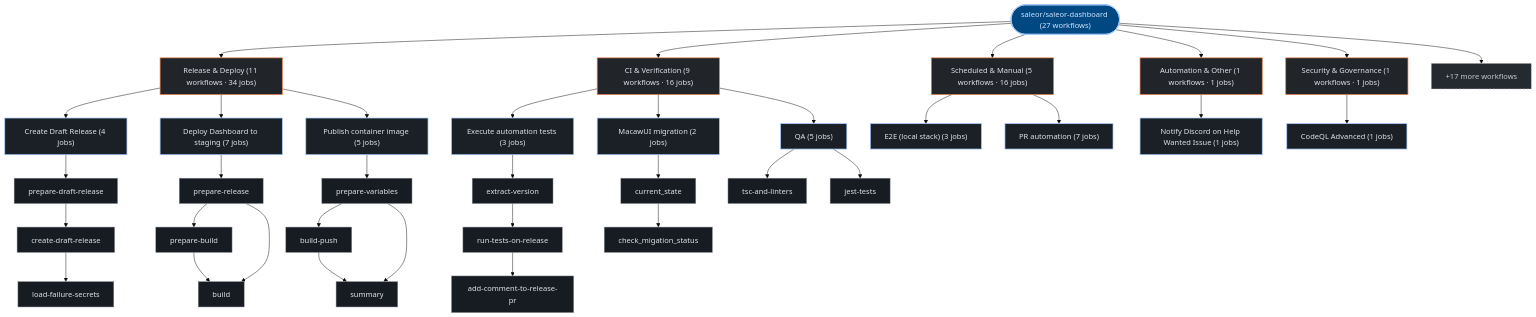
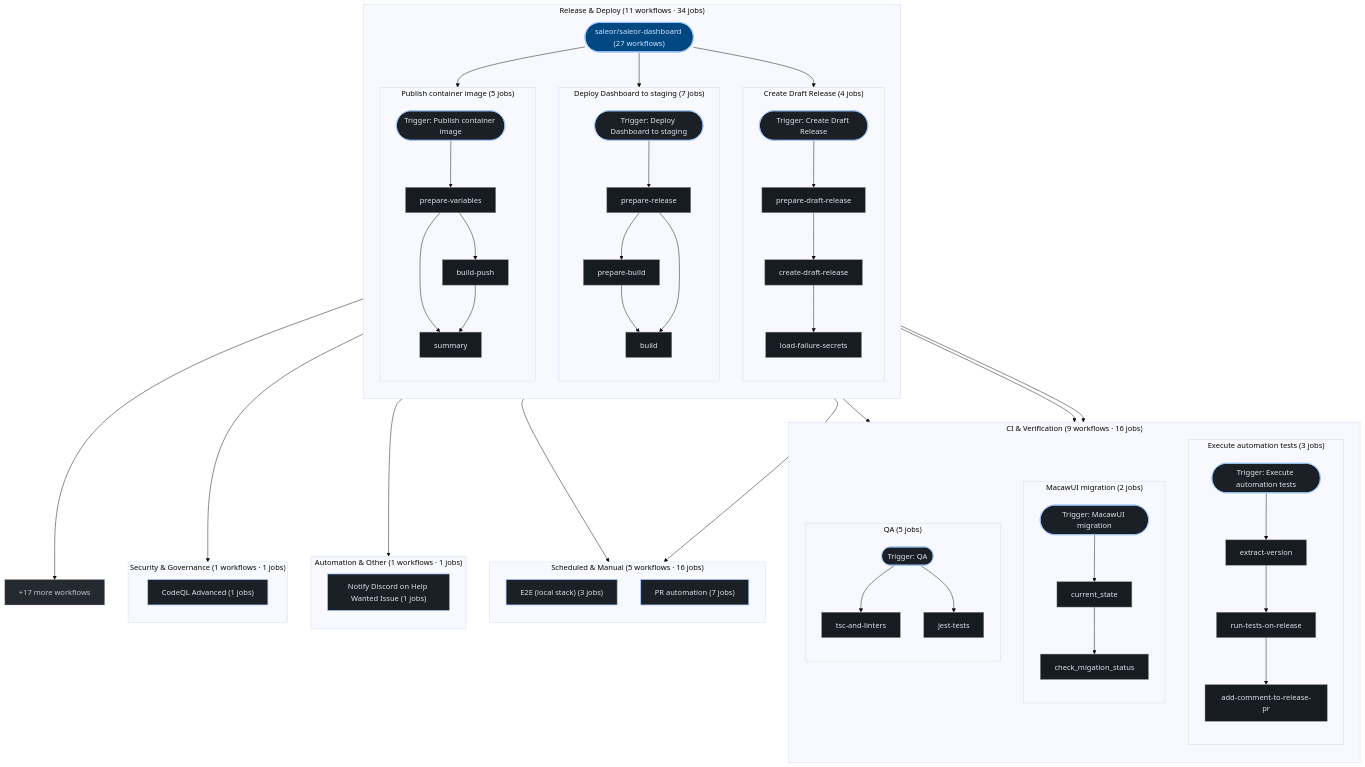
The third of 3 diagrams in exports/latest/reports/saleor-saleor-dashboard-report.md (kumarshaz/atruss-code-atlas), drawn with Mermaid (base theme) before and after one commit. The commit also changed 181 other files, not shown here.

````diff
--- a/exports/latest/reports/saleor-saleor-dashboard-report.md
+++ b/exports/latest/reports/saleor-saleor-dashboard-report.md
@@ -344,70 +344,93 @@
   classDef atlasAlert fill:#93000a,stroke:#ffb4ab,stroke-width:1.5px,color:#ffdad6
   classDef atlasMore fill:#252a31,stroke:#8d9199,stroke-dasharray:4 4,color:#c3c6cf
   pipeline_root(["saleor/saleor-dashboard (27 workflows)"]):::atlasRoot
-  grp_0_Release___Deploy["Release & Deploy (11 workflows · 34 jobs)"]:::atlasCategory
-  pipeline_root --> grp_0_Release___Deploy
-  wf_6_Create_Draft_Release["Create Draft Release (4 jobs)"]:::atlasWorkflow
-  grp_0_Release___Deploy --> wf_6_Create_Draft_Release
-  job_6_prepare_draft_release["prepare-draft-release"]:::atlasJob
-  job_6_create_draft_release["create-draft-release"]:::atlasJob
-  job_6_load_failure_secrets["load-failure-secrets"]:::atlasJob
-  wf_6_Create_Draft_Release --> job_6_prepare_draft_release
-  job_6_prepare_draft_release --> job_6_create_draft_release
-  job_6_create_draft_release --> job_6_load_failure_secrets
-  wf_11_Deploy_Dashboard_to_staging["Deploy Dashboard to staging (7 jobs)"]:::atlasWorkflow
-  grp_0_Release___Deploy --> wf_11_Deploy_Dashboard_to_staging
-  job_11_prepare_release["prepare-release"]:::atlasJob
-  job_11_prepare_build["prepare-build"]:::atlasJob
-  job_11_build["build"]:::atlasJob
-  wf_11_Deploy_Dashboard_to_staging --> job_11_prepare_release
-  job_11_prepare_release --> job_11_prepare_build
-  job_11_prepare_build --> job_11_build
-  job_11_prepare_release --> job_11_build
-  wf_22_Publish_container_image["Publish container image (5 jobs)"]:::atlasWorkflow
-  grp_0_Release___Deploy --> wf_22_Publish_container_image
-  job_22_prepare_variables["prepare-variables"]:::atlasJob
-  job_22_build_push["build-push"]:::atlasJob
-  job_22_summary["summary"]:::atlasJob
-  wf_22_Publish_container_image --> job_22_prepare_variables
-  job_22_prepare_variables --> job_22_build_push
-  job_22_prepare_variables --> job_22_summary
-  job_22_build_push --> job_22_summary
-  grp_1_CI___Verification["CI & Verification (9 workflows · 16 jobs)"]:::atlasCategory
-  pipeline_root --> grp_1_CI___Verification
-  wf_1_Execute_automation_tests["Execute automation tests (3 jobs)"]:::atlasWorkflow
-  grp_1_CI___Verification --> wf_1_Execute_automation_tests
-  job_1_extract_version["extract-version"]:::atlasJob
-  job_1_run_tests_on_release["run-tests-on-release"]:::atlasJob
-  job_1_add_comment_to_release_pr["add-comment-to-release-pr"]:::atlasJob
-  wf_1_Execute_automation_tests --> job_1_extract_version
-  job_1_extract_version --> job_1_run_tests_on_release
-  job_1_run_tests_on_release --> job_1_add_comment_to_release_pr
-  wf_7_MacawUI_migration["MacawUI migration (2 jobs)"]:::atlasWorkflow
-  grp_1_CI___Verification --> wf_7_MacawUI_migration
-  job_7_current_state["current_state"]:::atlasJob
-  job_7_check_migation_status["check_migation_status"]:::atlasJob
-  wf_7_MacawUI_migration --> job_7_current_state
-  job_7_current_state --> job_7_check_migation_status
-  wf_17_QA["QA (5 jobs)"]:::atlasWorkflow
-  grp_1_CI___Verification --> wf_17_QA
-  job_17_tsc_and_linters["tsc-and-linters"]:::atlasJob
-  job_17_jest_tests["jest-tests"]:::atlasJob
-  wf_17_QA --> job_17_tsc_and_linters
-  wf_17_QA --> job_17_jest_tests
-  grp_2_Scheduled___Manual["Scheduled & Manual (5 workflows · 16 jobs)"]:::atlasCategory
-  pipeline_root --> grp_2_Scheduled___Manual
-  wf_12_E2E__local_stack_["E2E (local stack) (3 jobs)"]:::atlasWorkflow
-  grp_2_Scheduled___Manual --> wf_12_E2E__local_stack_
-  wf_19_PR_automation["PR automation (7 jobs)"]:::atlasWorkflow
-  grp_2_Scheduled___Manual --> wf_19_PR_automation
-  grp_3_Automation___Other["Automation & Other (1 workflows · 1 jobs)"]:::atlasCategory
-  pipeline_root --> grp_3_Automation___Other
-  wf_14_Notify_Discord_on_Help_Wanted_Issue["Notify Discord on Help Wanted Issue (1 jobs)"]:::atlasWorkflow
-  grp_3_Automation___Other --> wf_14_Notify_Discord_on_Help_Wanted_Issue
-  grp_4_Security___Governance["Security & Governance (1 workflows · 1 jobs)"]:::atlasCategory
-  pipeline_root --> grp_4_Security___Governance
-  wf_5_CodeQL_Advanced["CodeQL Advanced (1 jobs)"]:::atlasWorkflow
-  grp_4_Security___Governance --> wf_5_CodeQL_Advanced
+  subgraph sg_grp_0_Release___Deploy["Release & Deploy (11 workflows · 34 jobs)"]
+    direction TB
+    subgraph sg_wf_6_Create_Draft_Release["Create Draft Release (4 jobs)"]
+      direction TB
+      wf_6_Create_Draft_Release(["Trigger: Create Draft Release"]):::atlasWorkflow
+      job_6_prepare_draft_release["prepare-draft-release"]:::atlasJob
+      job_6_create_draft_release["create-draft-release"]:::atlasJob
+      job_6_load_failure_secrets["load-failure-secrets"]:::atlasJob
+      wf_6_Create_Draft_Release --> job_6_prepare_draft_release
+      job_6_prepare_draft_release --> job_6_create_draft_release
+      job_6_create_draft_release --> job_6_load_failure_secrets
+    end
+    pipeline_root --> wf_6_Create_Draft_Release
+    subgraph sg_wf_11_Deploy_Dashboard_to_staging["Deploy Dashboard to staging (7 jobs)"]
+      direction TB
+      wf_11_Deploy_Dashboard_to_staging(["Trigger: Deploy Dashboard to staging"]):::atlasWorkflow
+      job_11_prepare_release["prepare-release"]:::atlasJob
+      job_11_prepare_build["prepare-build"]:::atlasJob
+      job_11_build["build"]:::atlasJob
+      wf_11_Deploy_Dashboard_to_staging --> job_11_prepare_release
+      job_11_prepare_release --> job_11_prepare_build
+      job_11_prepare_build --> job_11_build
+      job_11_prepare_release --> job_11_build
+    end
+    pipeline_root --> wf_11_Deploy_Dashboard_to_staging
+    subgraph sg_wf_22_Publish_container_image["Publish container image (5 jobs)"]
+      direction TB
+      wf_22_Publish_container_image(["Trigger: Publish container image"]):::atlasWorkflow
+      job_22_prepare_variables["prepare-variables"]:::atlasJob
+      job_22_build_push["build-push"]:::atlasJob
+      job_22_summary["summary"]:::atlasJob
+      wf_22_Publish_container_image --> job_22_prepare_variables
+      job_22_prepare_variables --> job_22_build_push
+      job_22_prepare_variables --> job_22_summary
+      job_22_build_push --> job_22_summary
+    end
+    pipeline_root --> wf_22_Publish_container_image
+  end
+  subgraph sg_grp_1_CI___Verification["CI & Verification (9 workflows · 16 jobs)"]
+    direction TB
+    subgraph sg_wf_1_Execute_automation_tests["Execute automation tests (3 jobs)"]
+      direction TB
+      wf_1_Execute_automation_tests(["Trigger: Execute automation tests"]):::atlasWorkflow
+      job_1_extract_version["extract-version"]:::atlasJob
+      job_1_run_tests_on_release["run-tests-on-release"]:::atlasJob
+      job_1_add_comment_to_release_pr["add-comment-to-release-pr"]:::atlasJob
+      wf_1_Execute_automation_tests --> job_1_extract_version
+      job_1_extract_version --> job_1_run_tests_on_release
+      job_1_run_tests_on_release --> job_1_add_comment_to_release_pr
+    end
+    pipeline_root --> wf_1_Execute_automation_tests
+    subgraph sg_wf_7_MacawUI_migration["MacawUI migration (2 jobs)"]
+      direction TB
+      wf_7_MacawUI_migration(["Trigger: MacawUI migration"]):::atlasWorkflow
+      job_7_current_state["current_state"]:::atlasJob
+      job_7_check_migation_status["check_migation_status"]:::atlasJob
+      wf_7_MacawUI_migration --> job_7_current_state
+      job_7_current_state --> job_7_check_migation_status
+    end
+    pipeline_root --> wf_7_MacawUI_migration
+    subgraph sg_wf_17_QA["QA (5 jobs)"]
+      direction TB
+      wf_17_QA(["Trigger: QA"]):::atlasWorkflow
+      job_17_tsc_and_linters["tsc-and-linters"]:::atlasJob
+      job_17_jest_tests["jest-tests"]:::atlasJob
+      wf_17_QA --> job_17_tsc_and_linters
+      wf_17_QA --> job_17_jest_tests
+    end
+    pipeline_root --> wf_17_QA
+  end
+  subgraph sg_grp_2_Scheduled___Manual["Scheduled & Manual (5 workflows · 16 jobs)"]
+    direction TB
+    wf_12_E2E__local_stack_["E2E (local stack) (3 jobs)"]:::atlasWorkflow
+    pipeline_root --> wf_12_E2E__local_stack_
+    wf_19_PR_automation["PR automation (7 jobs)"]:::atlasWorkflow
+    pipeline_root --> wf_19_PR_automation
+  end
+  subgraph sg_grp_3_Automation___Other["Automation & Other (1 workflows · 1 jobs)"]
+    direction TB
+    wf_14_Notify_Discord_on_Help_Wanted_Issue["Notify Discord on Help Wanted Issue (1 jobs)"]:::atlasWorkflow
+    pipeline_root --> wf_14_Notify_Discord_on_Help_Wanted_Issue
+  end
+  subgraph sg_grp_4_Security___Governance["Security & Governance (1 workflows · 1 jobs)"]
+    direction TB
+    wf_5_CodeQL_Advanced["CodeQL Advanced (1 jobs)"]:::atlasWorkflow
+    pipeline_root --> wf_5_CodeQL_Advanced
+  end
   wf_more["+17 more workflows"]:::atlasMore
   pipeline_root --> wf_more
 ```
````
